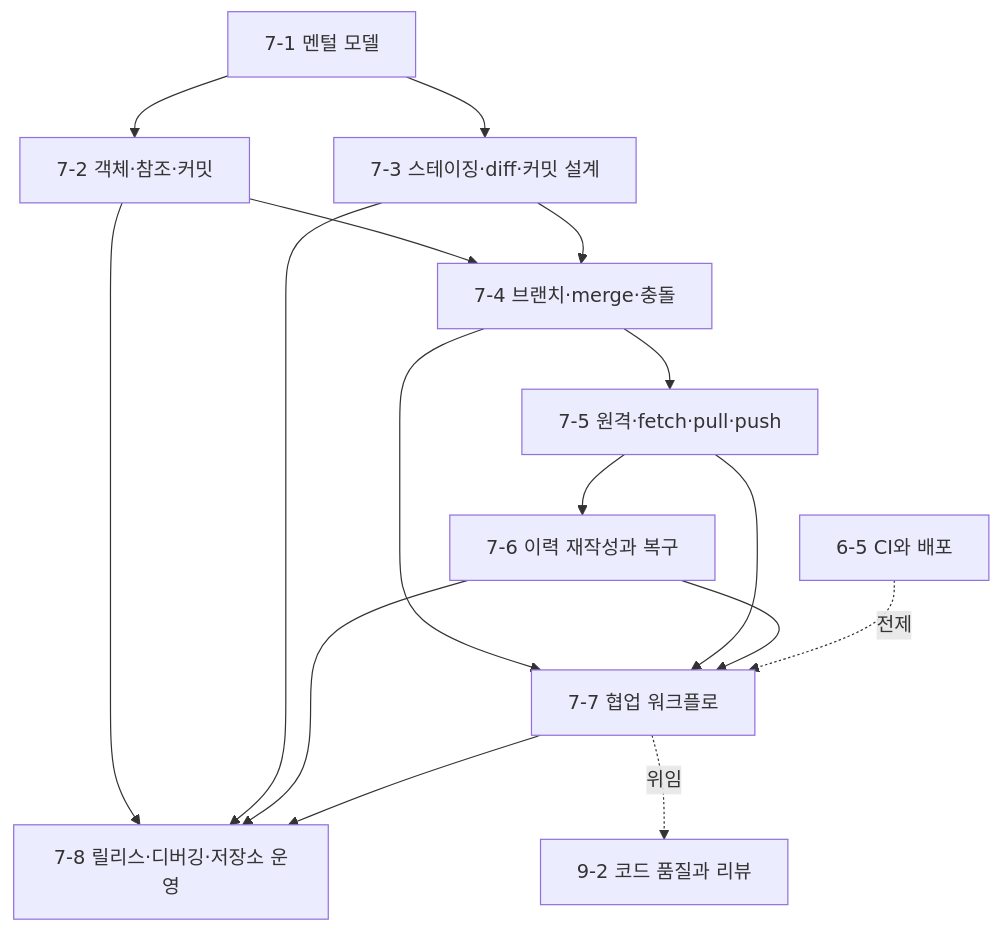
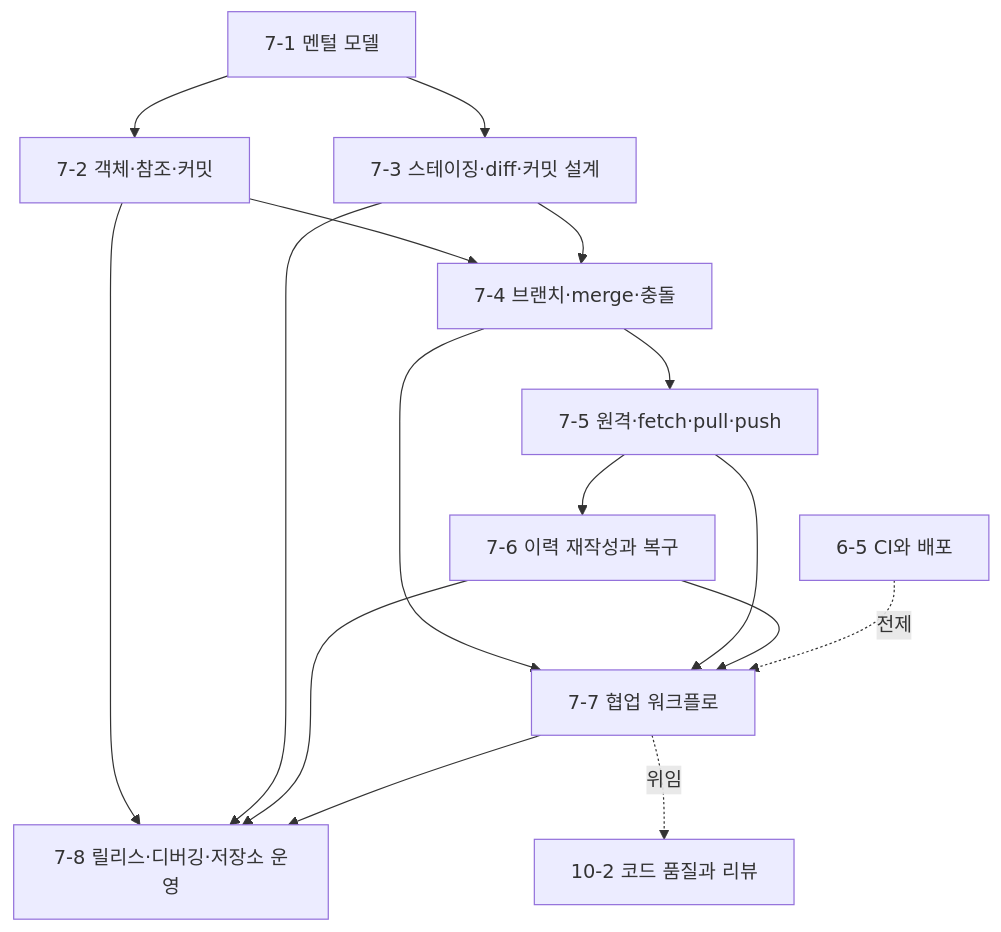
Before and after one commit to lee-gyu/web-fe-roadmap-study: the diagram in plan/phase7.md, drawn with Mermaid. The commit also changed other lines of this file and 4 other files, not shown here.

````diff
--- a/plan/phase7.md
+++ b/plan/phase7.md
@@ -161,18 +161,18 @@
 ```mermaid
 flowchart TD
     D1["7-1 멘털 모델"] --> D2["7-2 객체·참조·커밋"]
     D1 --> D3["7-3 스테이징·diff·커밋 설계"]
     D2 --> D4["7-4 브랜치·merge·충돌"]
     D3 --> D4
     D4 --> D5["7-5 원격·fetch·pull·push"]
     D5 --> D6["7-6 이력 재작성과 복구"]
     D4 --> D7["7-7 협업 워크플로"]
     D5 --> D7
     D6 --> D7
     D2 --> D8["7-8 릴리스·디버깅·저장소 운영"]
     D3 --> D8
     D6 --> D8
     D7 --> D8
     P65["6-5 CI와 배포"] -.전제.-> D7
-    D7 -.위임.-> P92["9-2 코드 품질과 리뷰"]
+    D7 -.위임.-> P102["10-2 코드 품질과 리뷰"]
 ```
````
